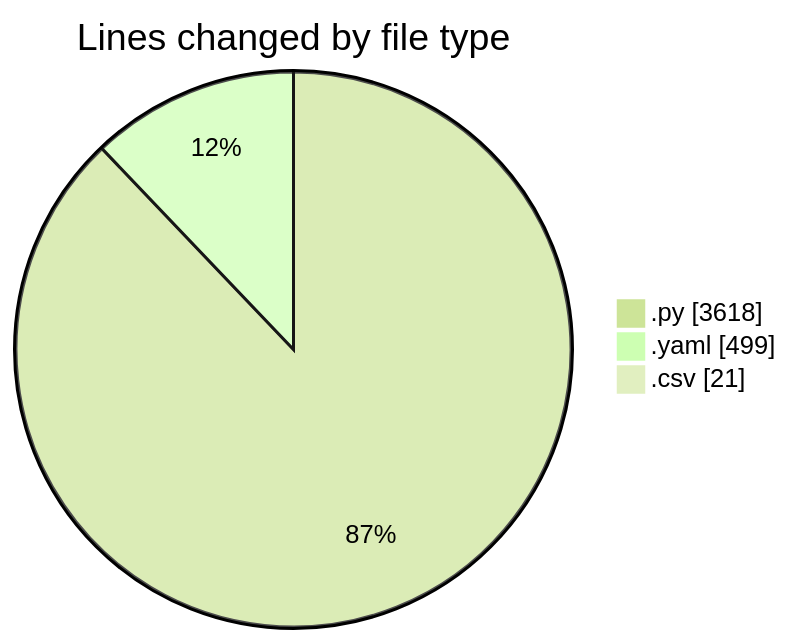
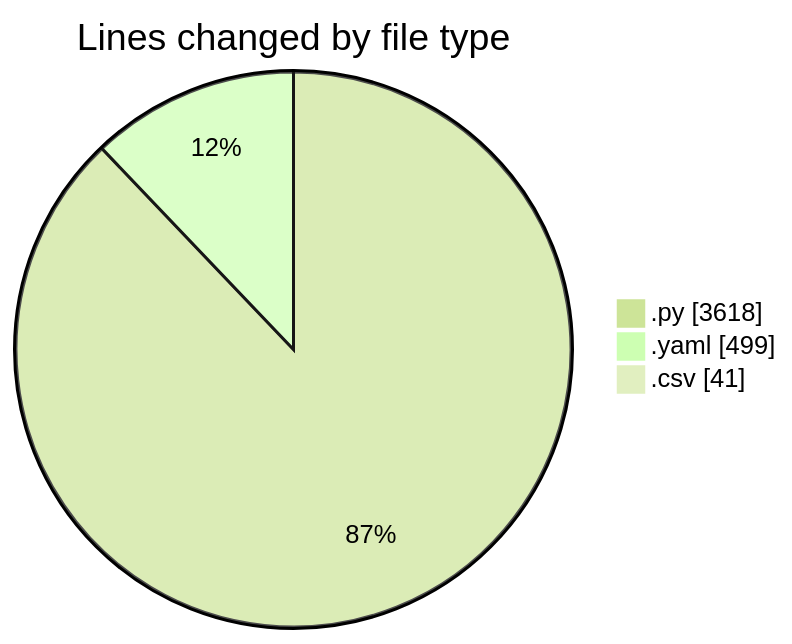
One commit to MatusMokan/code-tracking changed the first of 2 diagrams in 2025-03-01/myws__workspace_/README.md. Above: the diagram before and after it, drawn with Mermaid (forest theme). The commit also changed other lines of this file and 1 other file, not shown here.

````diff
--- a/2025-03-01/myws__workspace_/README.md
+++ b/2025-03-01/myws__workspace_/README.md
@@ -30,7 +30,7 @@
 ```mermaid
 pie showData
 title Lines changed by file type
 ".py" : 3618
 ".yaml" : 499
-".csv" : 21
+".csv" : 41
 ```
````
